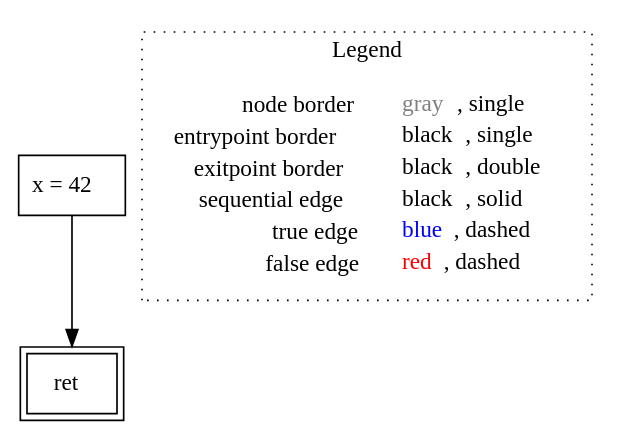
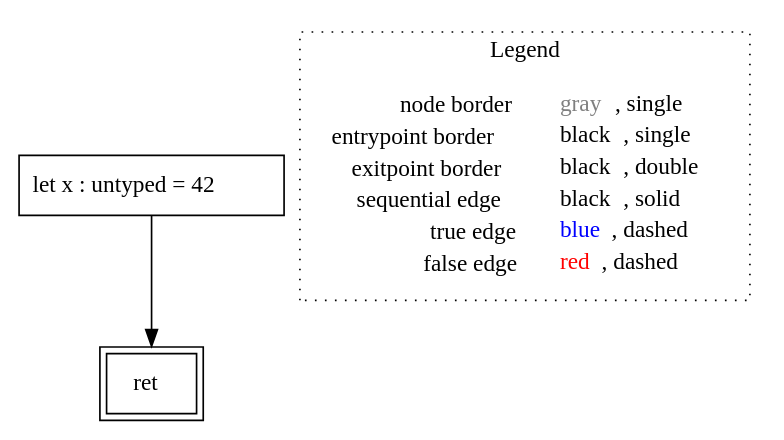
One commit to VincenzoArceri/rust-lisa changed the diagram in rust-lisa/rust-testcases/cfg/mutable-variable-declaration/untyped_rust-testcases_cfg_mutable-variable-declaration_mutable-variable-declaration.rs.main().dot. Above: the diagram before and after it, drawn with Graphviz. The commit also changed 9 other files, not shown here.

```diff
--- a/rust-lisa/rust-testcases/cfg/mutable-variable-declaration/untyped_rust-testcases_cfg_mutable-variable-declaration_mutable-variable-declaration.rs.main().dot
+++ b/rust-lisa/rust-testcases/cfg/mutable-variable-declaration/untyped_rust-testcases_cfg_mutable-variable-declaration_mutable-variable-declaration.rs.main().dot
@@ -1,12 +1,12 @@
 digraph {
-	"node0" [shape="rect",color="black",label=<x = 42>];
+	"node0" [shape="rect",color="black",label=<let x : untyped = 42>];
 	"node1" [shape="rect",color="black",peripheries="2",label=<ret>];
 	"node0" -> "node1" [color="black"];
 subgraph cluster_legend {
 	label="Legend";
 	style=dotted;
 	node [shape=plaintext];
 	"legend" [label=<<table border="0" cellpadding="2" cellspacing="0" cellborder="0"><tr><td align="right">node border&nbsp;</td><td align="left"><font color="gray">gray</font>, single</td></tr><tr><td align="right">entrypoint border&nbsp;</td><td align="left"><font color="black">black</font>, single</td></tr><tr><td align="right">exitpoint border&nbsp;</td><td align="left"><font color="black">black</font>, double</td></tr><tr><td align="right">sequential edge&nbsp;</td><td align="left"><font color="black">black</font>, solid</td></tr><tr><td align="right">true edge&nbsp;</td><td align="left"><font color="blue">blue</font>, dashed</td></tr><tr><td align="right">false edge&nbsp;</td><td align="left"><font color="red">red</font>, dashed</td></tr></table>>];
 }
 
 }
```
